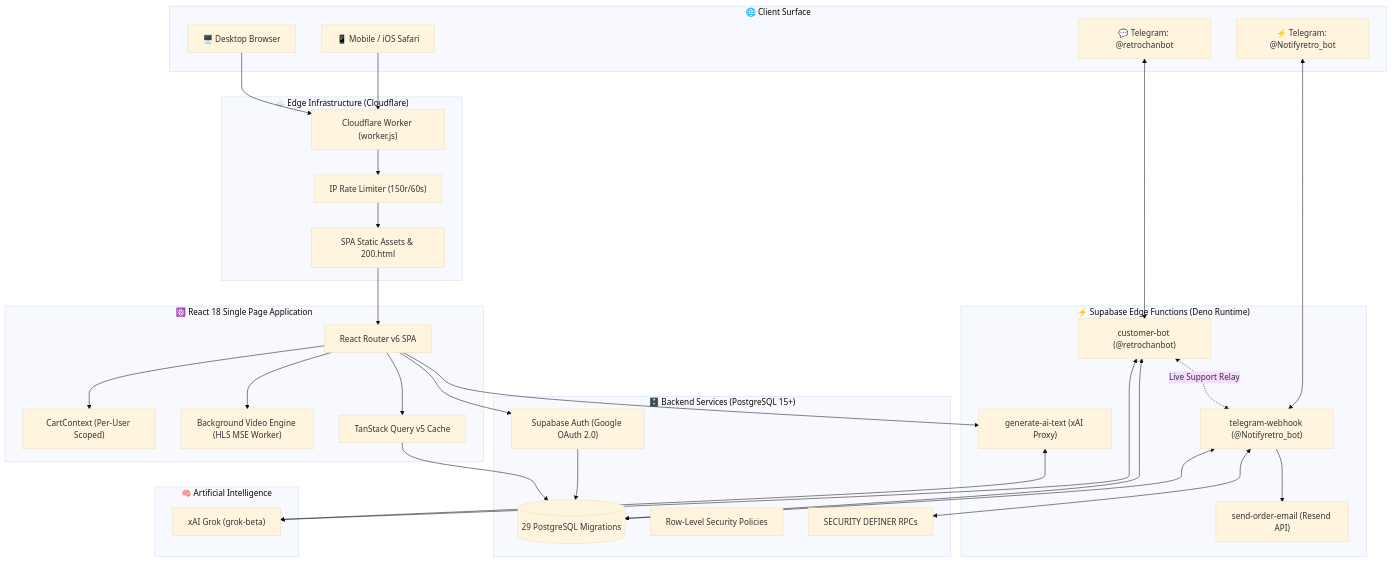
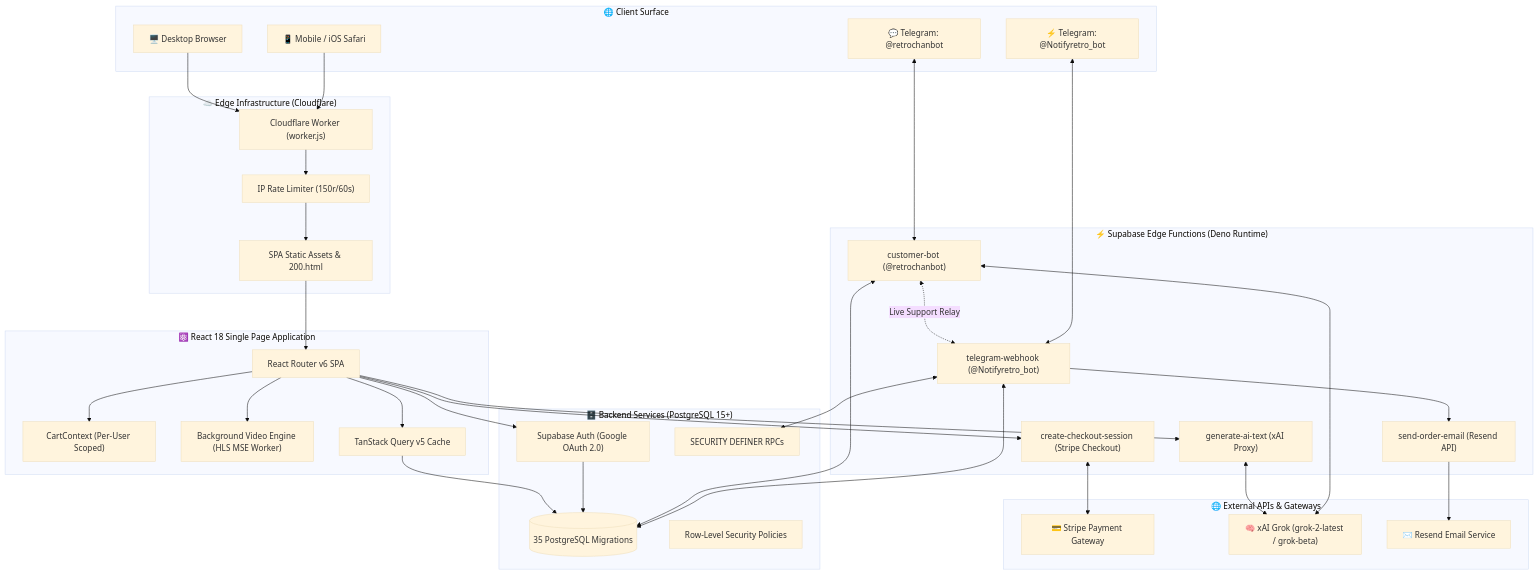
One commit to abirthe/retrohub changed the first of 2 diagrams in README.md. Above: the diagram before and after it, drawn with Mermaid (base theme). The commit also changed other lines of this file and 5 other files, not shown here.

````diff
--- a/README.md
+++ b/README.md
@@ -105,62 +106,68 @@
 ```mermaid
 graph TB
     subgraph Clients["🌐 Client Surface"]
         Desktop["🖥️ Desktop Browser"]
         Mobile["📱 Mobile / iOS Safari"]
         TgCustomer["💬 Telegram: @retrochanbot"]
         TgAdmin["⚡ Telegram: @Notifyretro_bot"]
     end
 
     subgraph Edge["☁️ Edge Infrastructure (Cloudflare)"]
         CFWorker["Cloudflare Worker (worker.js)"]
         RateLimiter["IP Rate Limiter (150r/60s)"]
         StaticAssets["SPA Static Assets & 200.html"]
     end
 
     subgraph Frontend["⚛️ React 18 Single Page Application"]
         Router["React Router v6 SPA"]
         Cart["CartContext (Per-User Scoped)"]
         BgAnim["Background Video Engine (HLS MSE Worker)"]
         Query["TanStack Query v5 Cache"]
     end
 
     subgraph Supabase["🗄️ Backend Services (PostgreSQL 15+)"]
         Auth["Supabase Auth (Google OAuth 2.0)"]
-        DB[(29 PostgreSQL Migrations)]
+        DB[(35 PostgreSQL Migrations)]
         RLS["Row-Level Security Policies"]
         RPCs["SECURITY DEFINER RPCs"]
     end
 
     subgraph EdgeFunctions["⚡ Supabase Edge Functions (Deno Runtime)"]
         CustomerFn["customer-bot (@retrochanbot)"]
         AdminFn["telegram-webhook (@Notifyretro_bot)"]
         EmailFn["send-order-email (Resend API)"]
         AiProxyFn["generate-ai-text (xAI Proxy)"]
+        CheckoutFn["create-checkout-session (Stripe Checkout)"]
     end
 
-    subgraph AI["🧠 Artificial Intelligence"]
-        xAI["xAI Grok (grok-beta)"]
+    subgraph External["🌐 External APIs & Gateways"]
+        StripeGateway["💳 Stripe Payment Gateway"]
+        xAI["🧠 xAI Grok (grok-2-latest / grok-beta)"]
+        ResendMail["✉️ Resend Email Service"]
     end
 
     Desktop --> CFWorker
     Mobile --> CFWorker
     CFWorker --> RateLimiter --> StaticAssets --> Router
     Router --> Cart
     Router --> BgAnim
     Router --> Query
     Query --> DB
     Router --> Auth
     Auth --> DB
     Router --> AiProxyFn
+    Router --> CheckoutFn
+    CheckoutFn <--> StripeGateway
     AiProxyFn <--> xAI
 
     TgCustomer <--> CustomerFn
     CustomerFn <--> xAI
     CustomerFn <--> DB
     CustomerFn <-.->|"Live Support Relay"| AdminFn
 
     TgAdmin <--> AdminFn
     AdminFn <--> RPCs
     AdminFn <--> DB
     AdminFn --> EmailFn
+    EmailFn --> ResendMail
 ```
````
